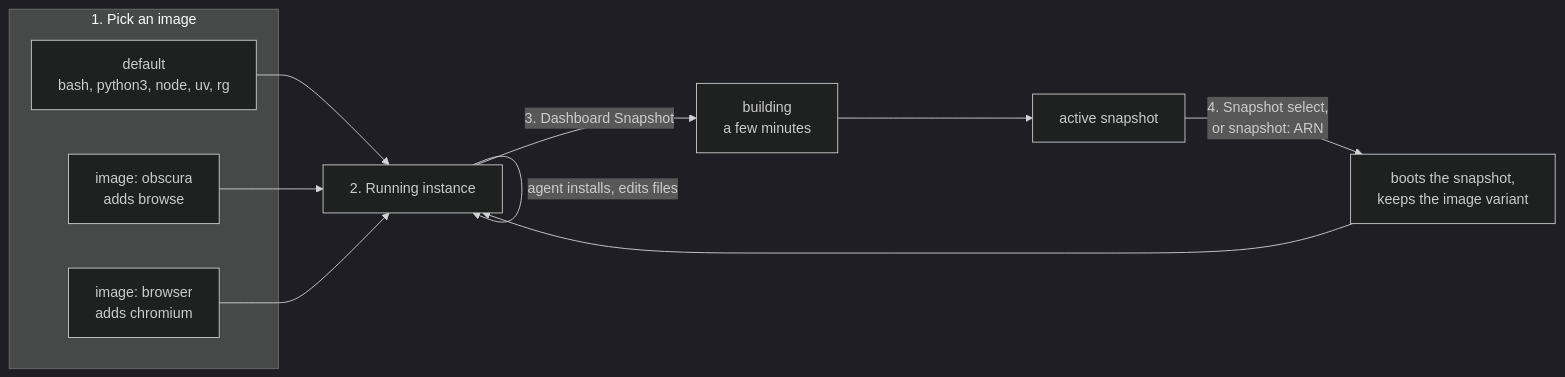
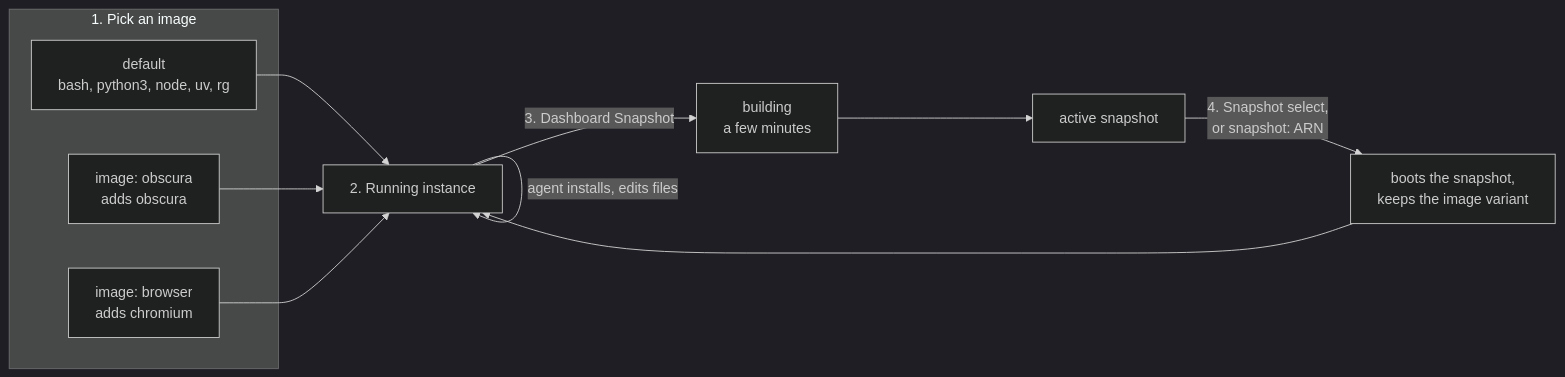
One commit to beeblastco/broods changed the second of 2 diagrams in apps/docs/docs/guides/sandboxes/index.md. Above: the diagram before and after it, drawn with Mermaid (dark theme). The commit also changed 1 other file, not shown here.

Commit message:
docs(sandboxes): tighten two diagram labels
The obscura image adds the obscura CLI, and a background job starts
from bash background: true on a workspace run.

Claude-Session: https://claude.ai/code/session_01AnPpAmH9BBFbkDwi1YgEjF

````diff
--- a/apps/docs/docs/guides/sandboxes/index.md
+++ b/apps/docs/docs/guides/sandboxes/index.md
@@ -155,16 +155,16 @@
 ```mermaid
 flowchart LR
   subgraph Pick["1. Pick an image"]
     D0["default<br/>bash, python3, node, uv, rg"]
-    O["image: obscura<br/>adds browse"]
+    O["image: obscura<br/>adds obscura"]
     BR["image: browser<br/>adds chromium"]
   end
   D0 --> RUN[2. Running instance]
   O --> RUN
   BR --> RUN
   RUN -->|agent installs, edits files| RUN
   RUN -->|3. Dashboard Snapshot| BLD["building<br/>a few minutes"]
   BLD --> ACT[active snapshot]
   ACT -->|"4. Snapshot select,<br/>or snapshot: ARN"| PIN["boots the snapshot,<br/>keeps the image variant"]
   PIN --> RUN
 ```
````
